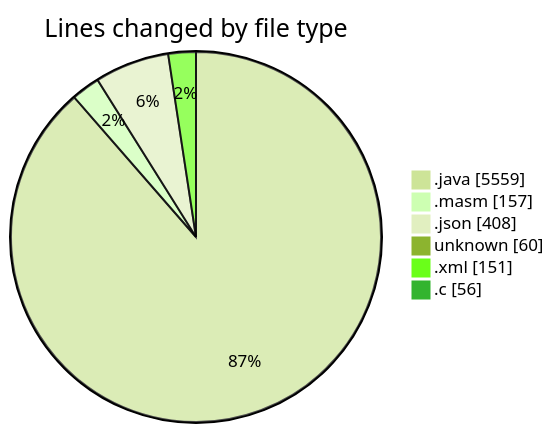
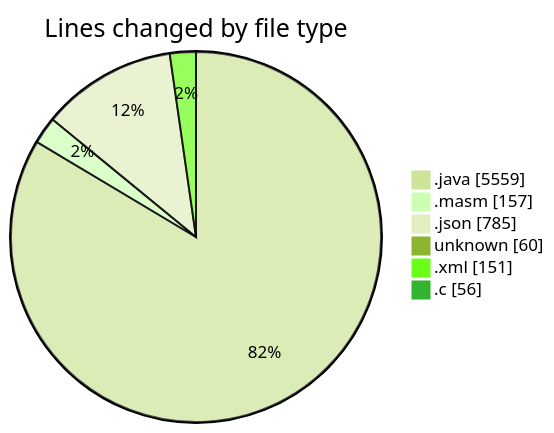
Before and after one commit to charlie-sans/code-tracking: the first of 2 diagrams in 2025-02-19/masm/README.md, drawn with Mermaid (forest theme). The commit also changed other lines of this file and 1 other file, not shown here.

````diff
--- a/2025-02-19/masm/README.md
+++ b/2025-02-19/masm/README.md
@@ -43,10 +43,10 @@
 ```mermaid
 pie showData
 title Lines changed by file type
 ".java" : 5559
 ".masm" : 157
-".json" : 408
+".json" : 785
 "unknown" : 60
 ".xml" : 151
 ".c" : 56
 ```
````
